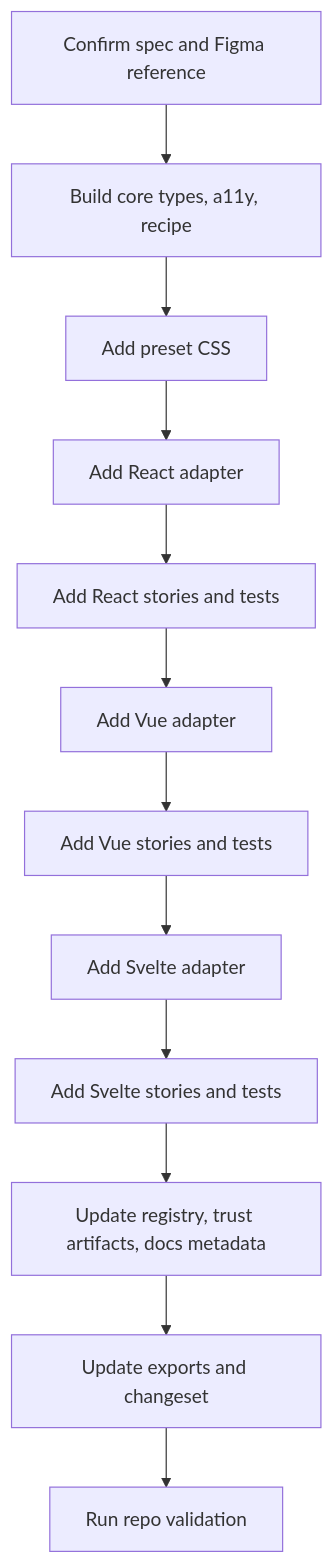
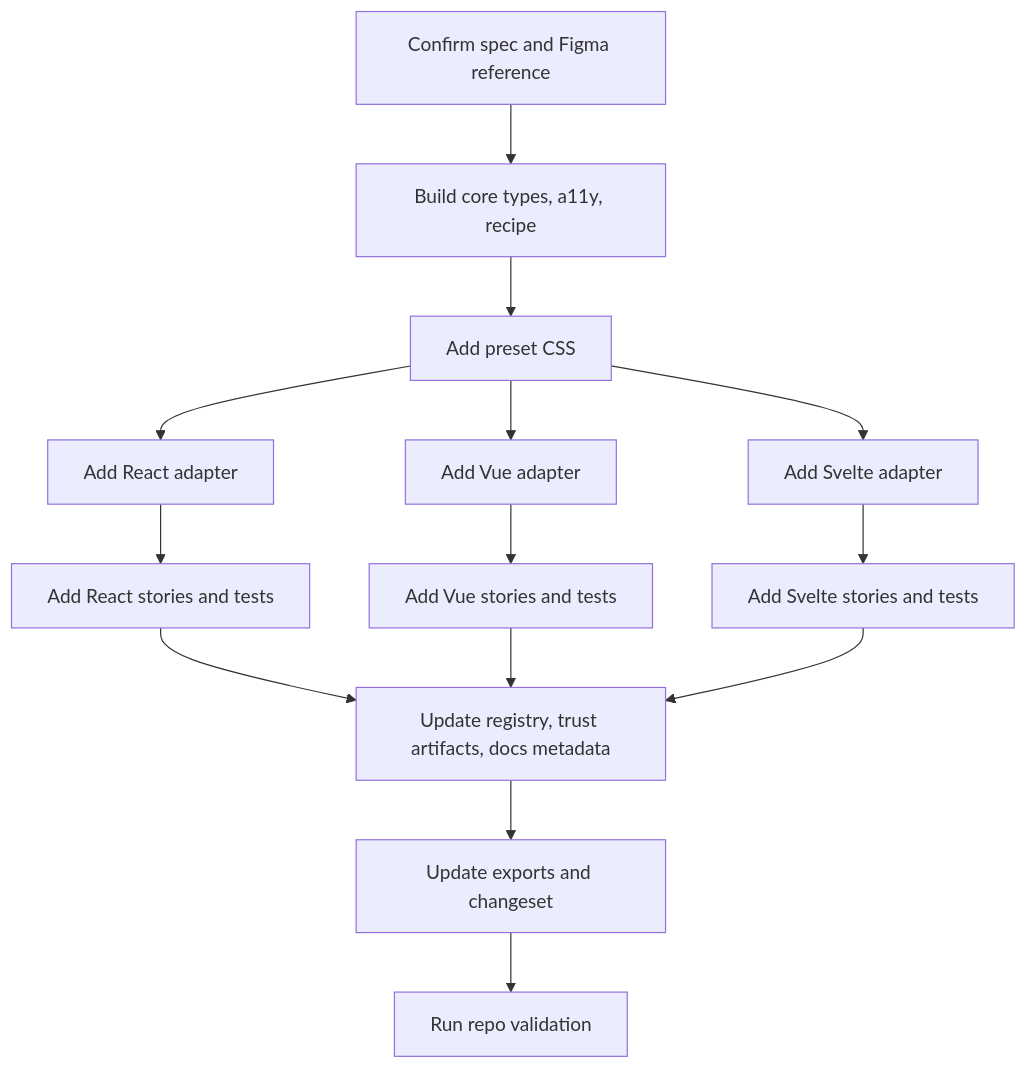
Before and after one commit to niklas-westman/marwes: the diagram in docs/guides/adding-components.md, drawn with Mermaid. The commit also changed other lines of this file and 72 other files, not shown here.

````diff
--- a/docs/guides/adding-components.md
+++ b/docs/guides/adding-components.md
@@ -15,14 +15,16 @@
 ```mermaid
 flowchart TD
   Spec[Confirm spec and Figma reference] --> Core[Build core types, a11y, recipe]
   Core --> Presets[Add preset CSS]
   Presets --> React[Add React adapter]
+  Presets --> Vue[Add Vue adapter]
+  Presets --> Svelte[Add Svelte adapter]
   React --> ReactStories[Add React stories and tests]
-  ReactStories --> Vue[Add Vue adapter]
   Vue --> VueStories[Add Vue stories and tests]
-  VueStories --> Svelte[Add Svelte adapter]
   Svelte --> SvelteStories[Add Svelte stories and tests]
-  SvelteStories --> Metadata[Update registry, trust artifacts, docs metadata]
+  ReactStories --> Metadata[Update registry, trust artifacts, docs metadata]
+  VueStories --> Metadata
+  SvelteStories --> Metadata
   Metadata --> Exports[Update exports and changeset]
   Exports --> Verify[Run repo validation]
 ```
````
